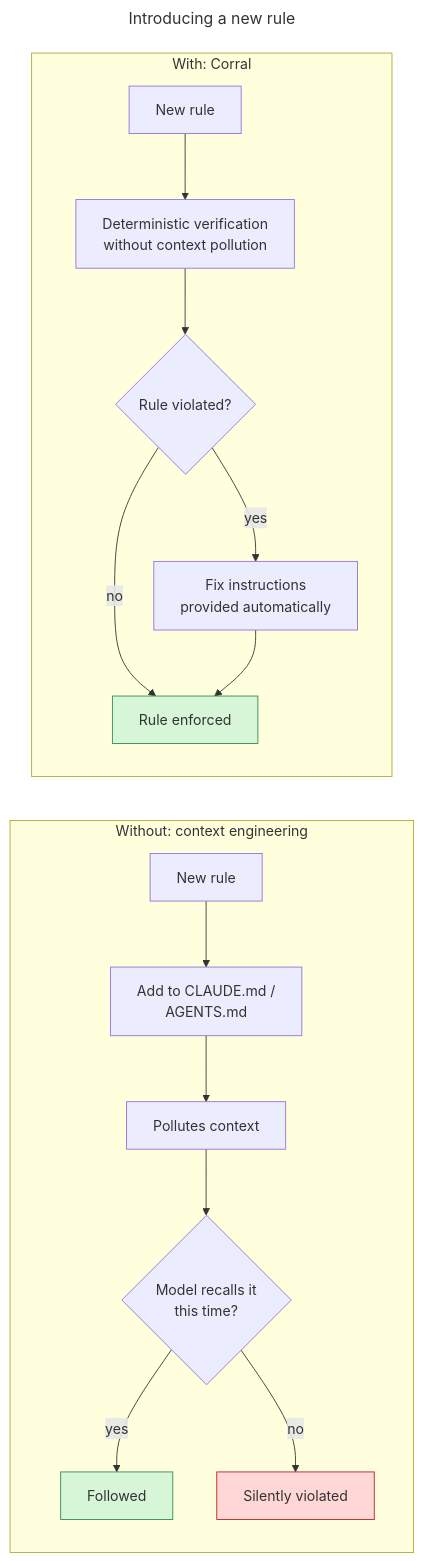
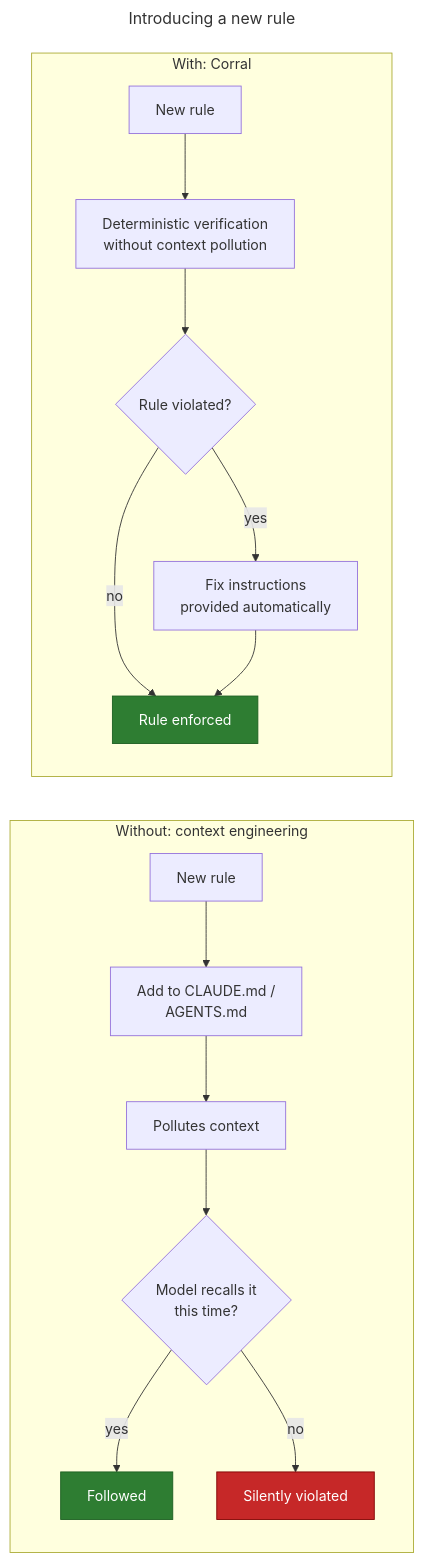
Before and after one commit to MilczekT1/Corral: the diagram in README.md, drawn with Mermaid.

Commit message:
docs: Make the README diagram's outcome boxes readable in both themes (#181)

````diff
--- a/README.md
+++ b/README.md
@@ -22,25 +22,25 @@
 ```mermaid
 ---
 title: Introducing a new rule
 ---
 flowchart LR
     subgraph ctx["Without: context engineering"]
         direction TB
         A["New rule"] --> B["Add to CLAUDE.md /<br/>AGENTS.md"]
         B --> C["Pollutes context"]
         C --> D{"Model recalls it<br/>this time?"}
         D -->|yes| E["Followed"]
         D -->|no| F["Silently violated"]
     end
     subgraph cor["With: Corral"]
         direction TB
         G["New rule"] --> J["Deterministic verification <br/>without context pollution"]
         J --> L{"Rule violated?"}
         L -->|no| N["Rule enforced"]
         L -->|yes| M["Fix instructions<br/>provided automatically"]
         M --> N
     end
-    style F fill:#ffd7d7,stroke:#b22222
-    style E fill:#d7f5d7,stroke:#2e8b57
-    style N fill:#d7f5d7,stroke:#2e8b57
+    style F fill:#c62828,stroke:#7f0000,color:#ffffff
+    style E fill:#2e7d32,stroke:#1b5e20,color:#ffffff
+    style N fill:#2e7d32,stroke:#1b5e20,color:#ffffff
 ```
````
